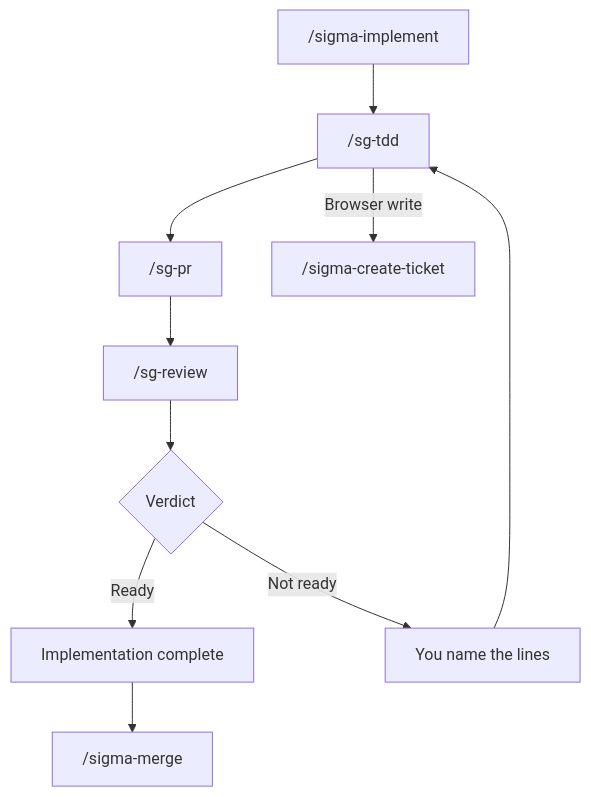
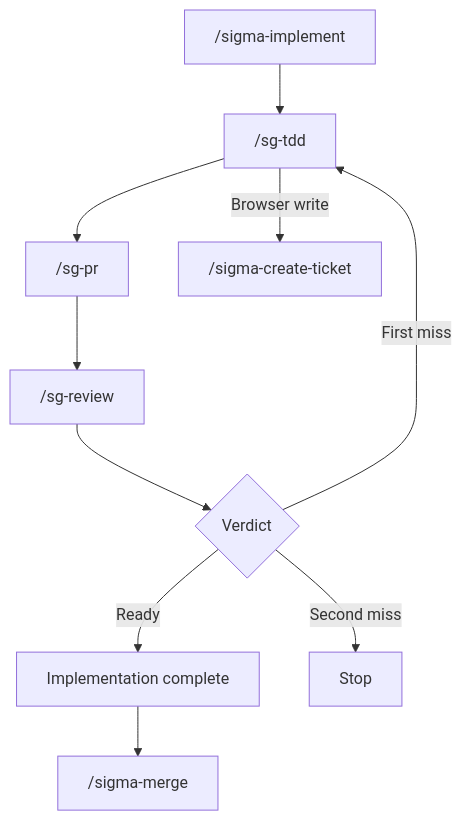
One commit to sigma-michael/sigma-build-factory changed the third of 3 diagrams in README.md. Above: the diagram before and after it, drawn with Mermaid. The commit also changed other lines of this file and 1 other file, not shown here.

First line of the commit message:
Show the live-page review and the one-miss loop in both READMEs. (#13)

````diff
--- a/README.md
+++ b/README.md
@@ -90,12 +90,12 @@
 ```mermaid
 flowchart TD
   impl["/sigma-implement"] --> tdd["/sg-tdd"]
   tdd --> pr["/sg-pr"]
   pr --> review["/sg-review"]
   tdd -->|"Browser write"| file["/sigma-create-ticket"]
   review --> verdict{Verdict}
   verdict -->|Ready| done["Implementation complete"]
   done --> merge["/sigma-merge"]
-  verdict -->|Not ready| lines["You name the lines"]
-  lines --> tdd
+  verdict -->|First miss| tdd
+  verdict -->|Second miss| stop["Stop"]
 ```
````
